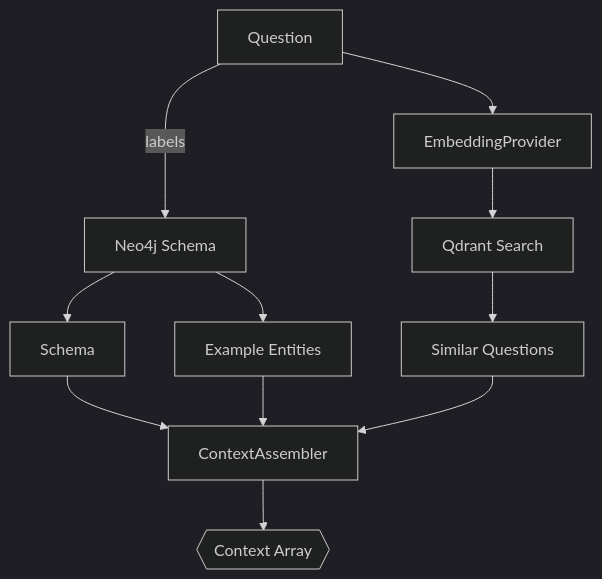
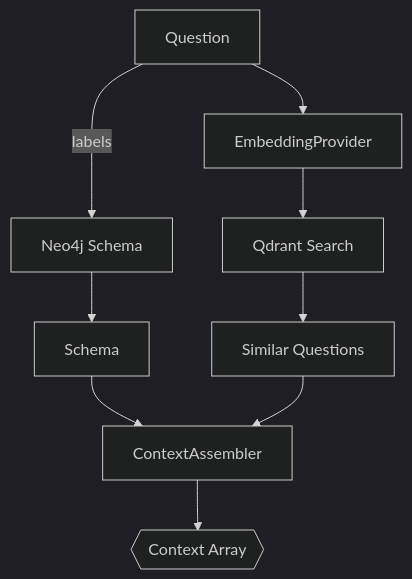
One commit to condoedge/AI changed the sixth of 6 diagrams in resources/docs/1.0/internals/data-flows.md. Above: the diagram before and after it, drawn with Mermaid (dark theme). The commit also changed other lines of this file and 786 other files, not shown here.

````diff
--- a/resources/docs/1.0/internals/data-flows.md
+++ b/resources/docs/1.0/internals/data-flows.md
@@ -421,11 +405,10 @@
 ```mermaid
 graph TD
     Q[Question] --> E[EmbeddingProvider]
     E --> V[Qdrant Search]
     V --> SQ[Similar Questions]
     Q -->|labels| N[Neo4j Schema]
     N --> Schema
-    N --> Examples[Example Entities]
-    Schema & Examples & SQ --> Combine[ContextAssembler]
+    Schema & SQ --> Combine[ContextAssembler]
     Combine --> Output{{Context Array}}
 ```
````
